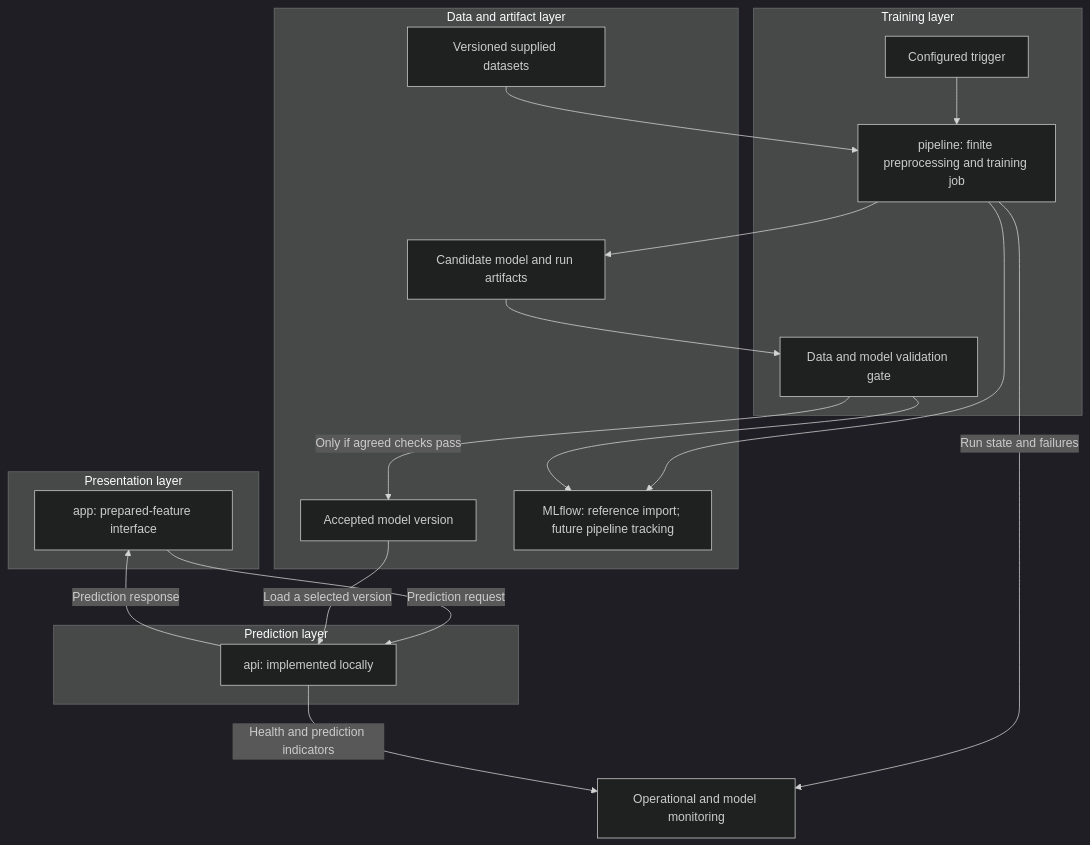
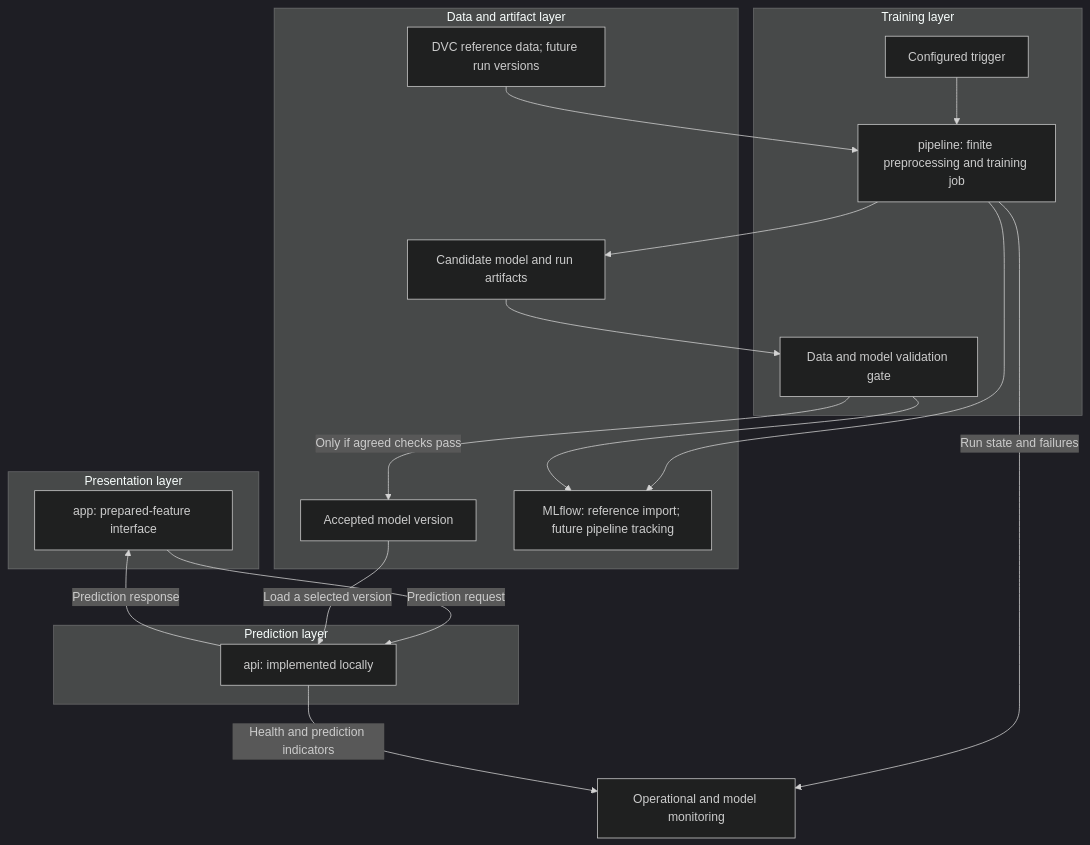
Before and after one commit to SiR1979/Template_MLOps_accidents: the fifth of 5 diagrams in docs/architecture.md, drawn with Mermaid (dark theme). The commit also changed other lines of this file and 15 other files, not shown here.

Commit message:
feat: version historical reference artifacts with local DVC

````diff
--- a/docs/architecture.md
+++ b/docs/architecture.md
@@ -206,38 +239,38 @@
 ```mermaid
 flowchart TD
     subgraph PRESENTATION["Presentation layer"]
         APP["app: prepared-feature interface"]
     end
 
     subgraph SERVING["Prediction layer"]
         API["api: implemented locally"]
     end
 
     subgraph JOBS["Training layer"]
         TRIGGER["Configured trigger"]
         PIPELINE["pipeline: finite preprocessing and training job"]
         GATE["Data and model validation gate"]
     end
 
     subgraph STORAGE["Data and artifact layer"]
-        DATASETS["Versioned supplied datasets"]
+        DATASETS["DVC reference data; future run versions"]
         CANDIDATE["Candidate model and run artifacts"]
         ACCEPTED["Accepted model version"]
         TRACKING["MLflow: reference import; future pipeline tracking"]
     end
 
     MONITOR["Operational and model monitoring"]
 
     APP -->|"Prediction request"| API
     API -->|"Prediction response"| APP
     ACCEPTED -->|"Load a selected version"| API
     TRIGGER --> PIPELINE
     DATASETS --> PIPELINE
     PIPELINE --> CANDIDATE
     CANDIDATE --> GATE
     GATE -->|"Only if agreed checks pass"| ACCEPTED
     PIPELINE --> TRACKING
     GATE --> TRACKING
     PIPELINE -->|"Run state and failures"| MONITOR
     API -->|"Health and prediction indicators"| MONITOR
 ```
````
